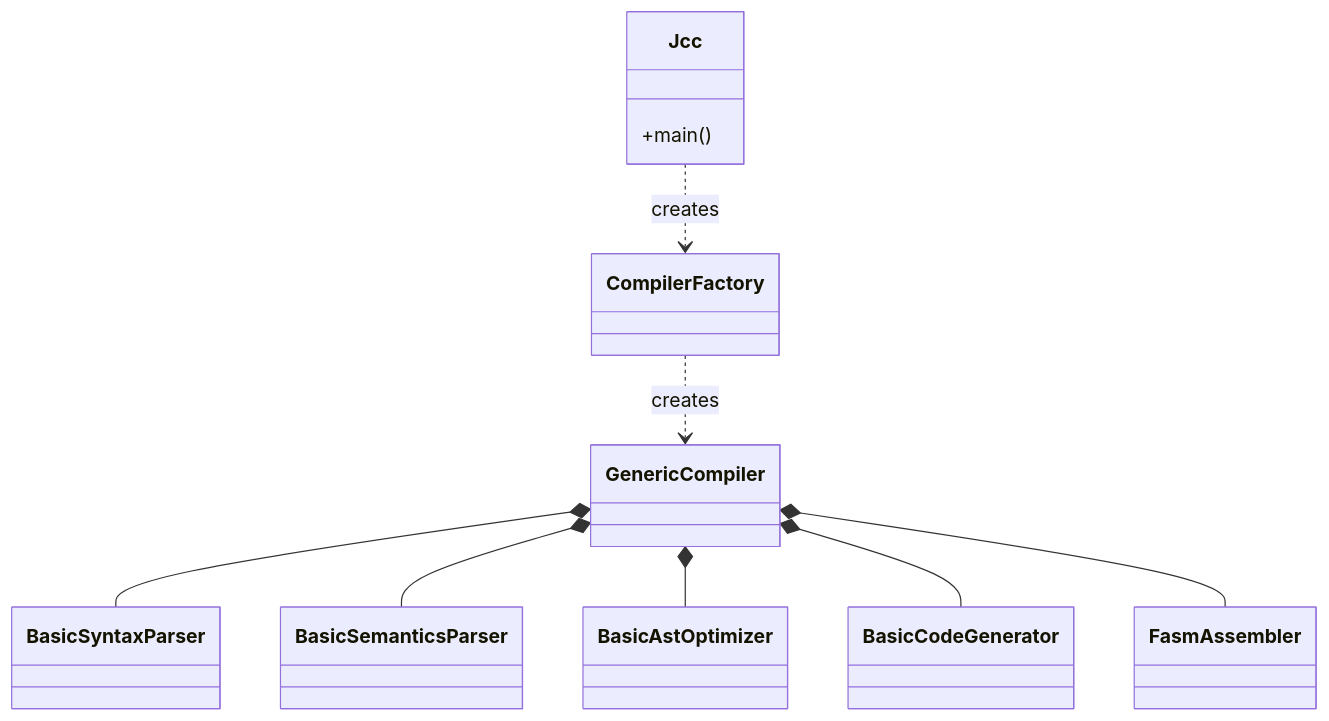
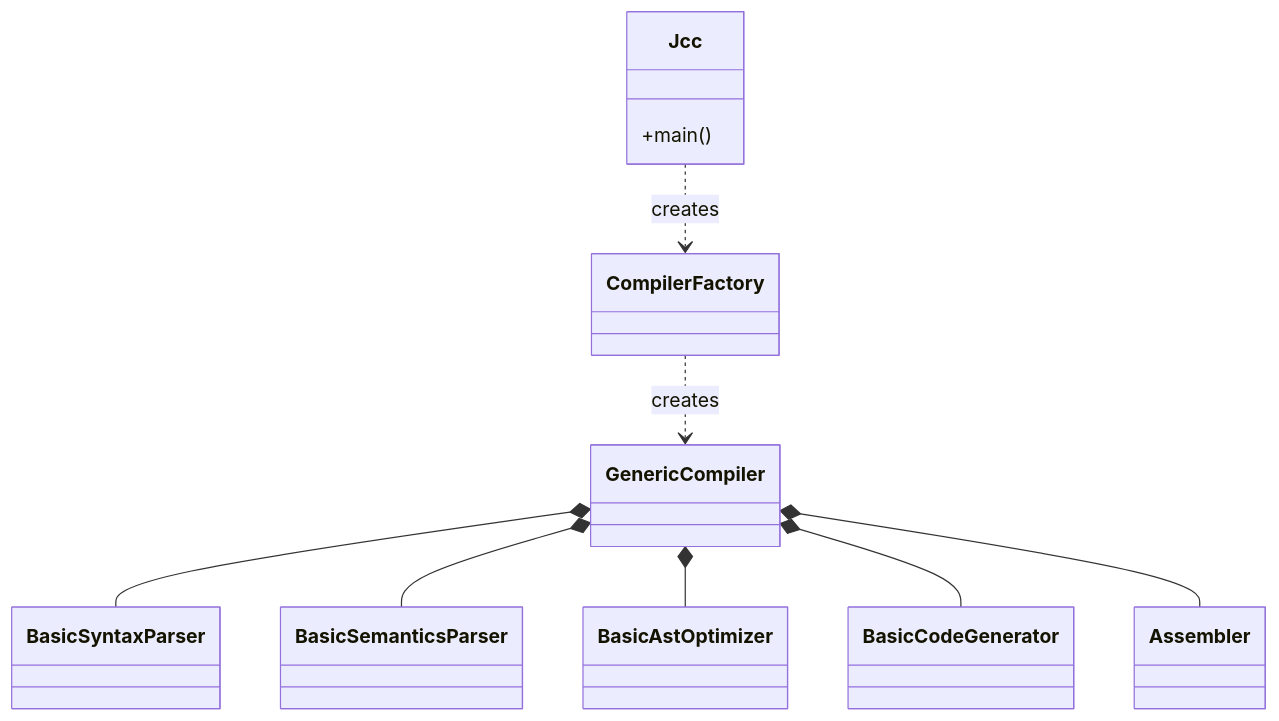
One commit to dykstrom/jcc changed the first of 3 diagrams in docs/Architecture.md. Above: the diagram before and after it, drawn with Mermaid. The commit also changed other lines of this file and 584 other files, not shown here.

````diff
--- a/docs/Architecture.md
+++ b/docs/Architecture.md
@@ -56,27 +56,27 @@
 ```mermaid
 classDiagram
     
     class Jcc {
         +main()    
     }
 
     class CompilerFactory
 
     class GenericCompiler
 
     class BasicSyntaxParser
     class BasicSemanticsParser
     class BasicAstOptimizer
     class BasicCodeGenerator
-    class FasmAssembler
+    class Assembler
 
     Jcc ..> CompilerFactory : creates
     
     CompilerFactory ..> GenericCompiler : creates
 
     GenericCompiler *-- BasicSyntaxParser
     GenericCompiler *-- BasicSemanticsParser
     GenericCompiler *-- BasicAstOptimizer
     GenericCompiler *-- BasicCodeGenerator
-    GenericCompiler *-- FasmAssembler
+    GenericCompiler *-- Assembler
 ```
````
